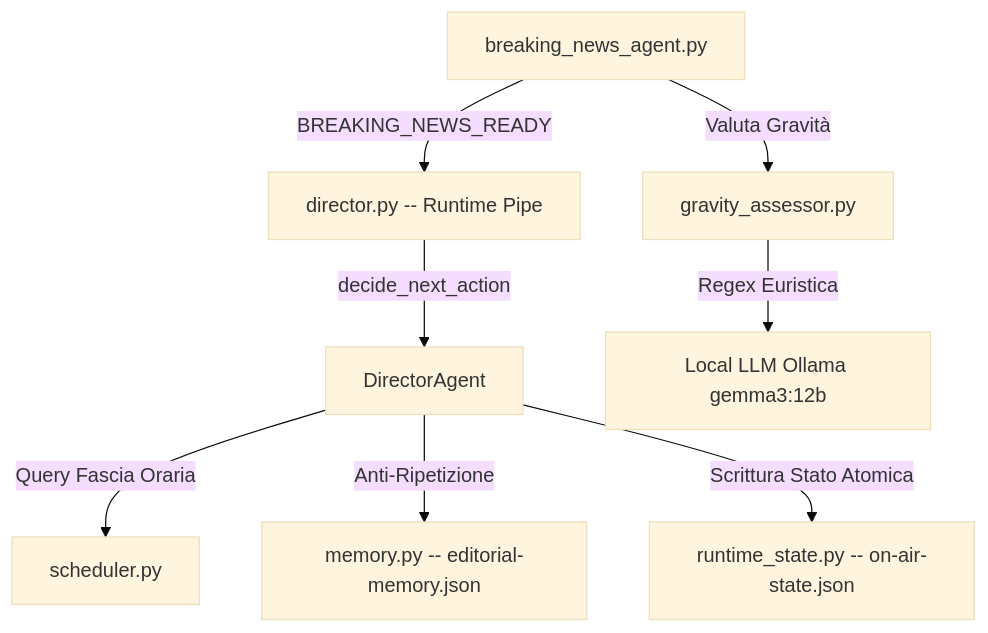
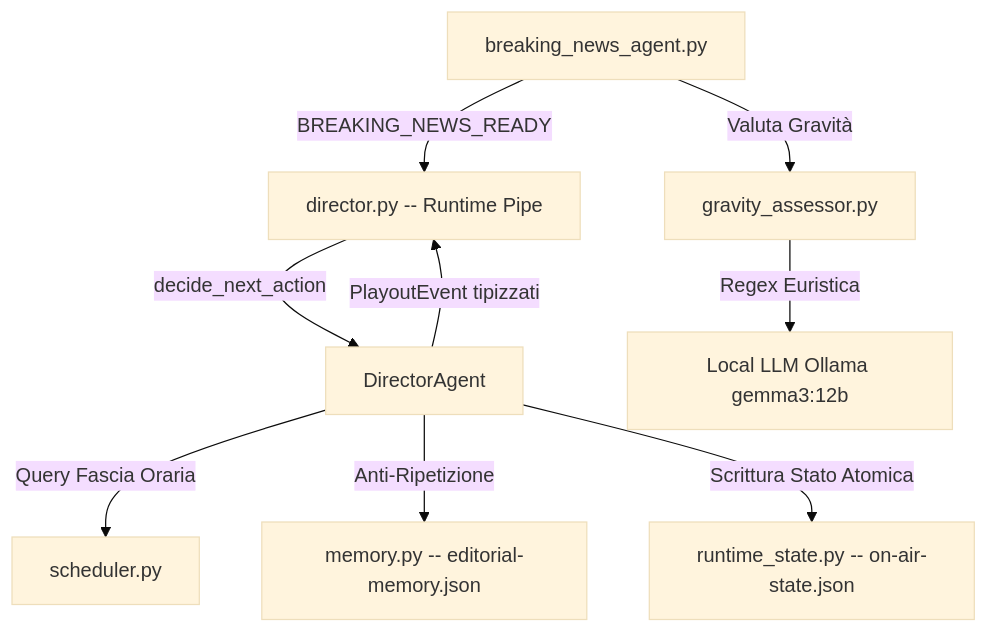
Before and after one commit to gfiore88/newsica_tv: the first of 2 diagrams in docs/22_director_agent_and_special_broadcast_guide.md, drawn with Mermaid (base theme). The commit also changed other lines of this file and 15 other files, not shown here.

Commit message:
refactor: unify director orchestration using PlayoutEvent and automate cleanup of stale AI music jobs

````diff
--- a/docs/22_director_agent_and_special_broadcast_guide.md
+++ b/docs/22_director_agent_and_special_broadcast_guide.md
@@ -23,10 +23,11 @@
 ```mermaid
 graph TD
     A[director.py -- Runtime Pipe] -->|decide_next_action| B[DirectorAgent]
     B -->|Query Fascia Oraria| C[scheduler.py]
+    B -->|PlayoutEvent tipizzati| A
     B -->|Anti-Ripetizione| D[memory.py -- editorial-memory.json]
     B -->|Scrittura Stato Atomica| E[runtime_state.py -- on-air-state.json]
     F[breaking_news_agent.py] -->|Valuta Gravità| G[gravity_assessor.py]
     G -->|Regex Euristica| H[Local LLM Ollama gemma3:12b]
     F -->|BREAKING_NEWS_READY| A
 ```
````
